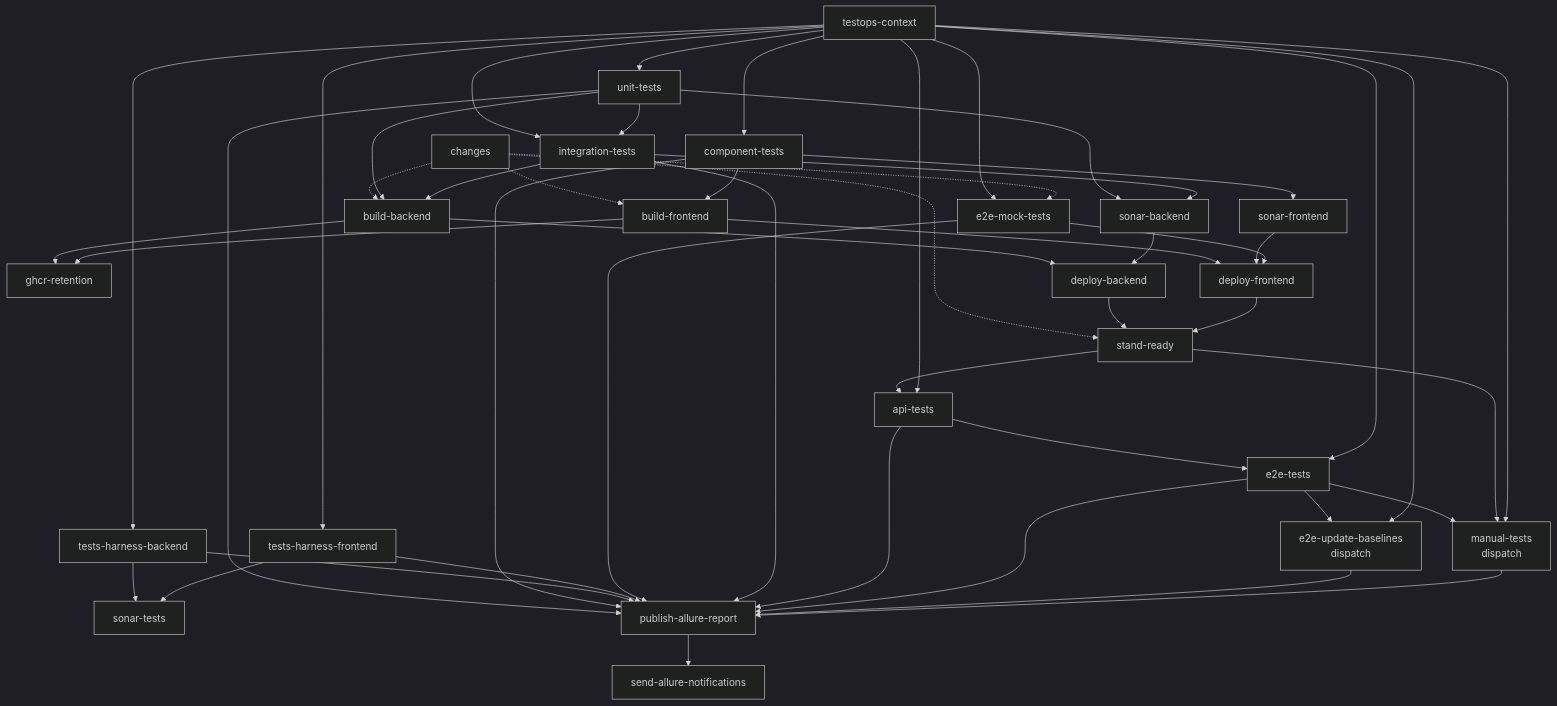
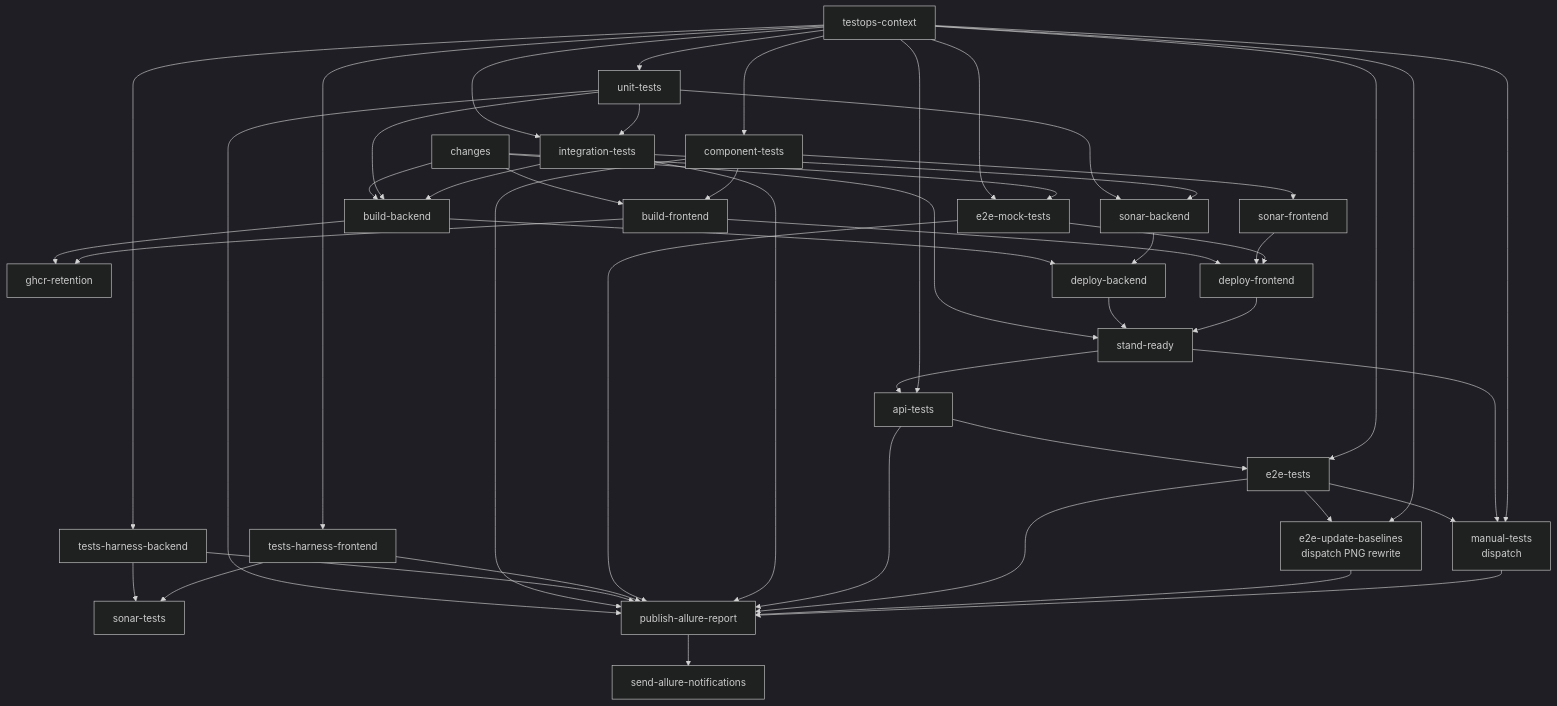
One commit to autotests-ai/autotests-ai-multistack-app changed the diagram in README.md. Above: the diagram before and after it, drawn with Mermaid (dark theme). The commit also changed other lines of this file and 4 other files, not shown here.

First line of the commit message:
docs(pyramid): align LAYERS and READMEs with ci.yml graph

````diff
--- a/README.md
+++ b/README.md
@@ -77,54 +77,54 @@
 ```mermaid
 flowchart TB
   TOC[testops-context]
   CH[changes]
 
   TOC --> UNIT[unit-tests]
   TOC --> COMP[component-tests]
   TOC --> HB[tests-harness-backend]
   TOC --> HF[tests-harness-frontend]
   TOC --> MOCK[e2e-mock-tests]
   TOC --> INT[integration-tests]
 
-  CH -.-> MOCK
-  CH -.-> BB
-  CH -.-> BF
-  CH -.-> READY
+  CH --> MOCK
+  CH --> BB
+  CH --> BF
+  CH --> READY
 
   UNIT --> INT
   UNIT --> SB[sonar-backend]
   INT --> SB
   COMP --> SF[sonar-frontend]
   HB --> ST[sonar-tests]
   HF --> ST
 
   UNIT --> BB[build-backend]
   INT --> BB
   COMP --> BF[build-frontend]
   BB & BF --> GHCR[ghcr-retention]
 
   BB --> DB[deploy-backend]
   SB --> DB
 
   BF --> DF[deploy-frontend]
   SF --> DF
   MOCK --> DF
 
   DB --> READY[stand-ready]
   DF --> READY
 
   READY --> API[api-tests]
   TOC --> API
 
   API --> E2E[e2e-tests]
   TOC --> E2E
 
-  E2E --> BASE[e2e-update-baselines<br/>dispatch]
+  E2E --> BASE[e2e-update-baselines<br/>dispatch PNG rewrite]
   E2E --> MAN[manual-tests<br/>dispatch]
   READY --> MAN
   TOC --> BASE
   TOC --> MAN
 
   UNIT & COMP & HB & HF & MOCK & INT & API & E2E & BASE & MAN --> PUB[publish-allure-report]
   PUB --> NTF[send-allure-notifications]
 ```
````
